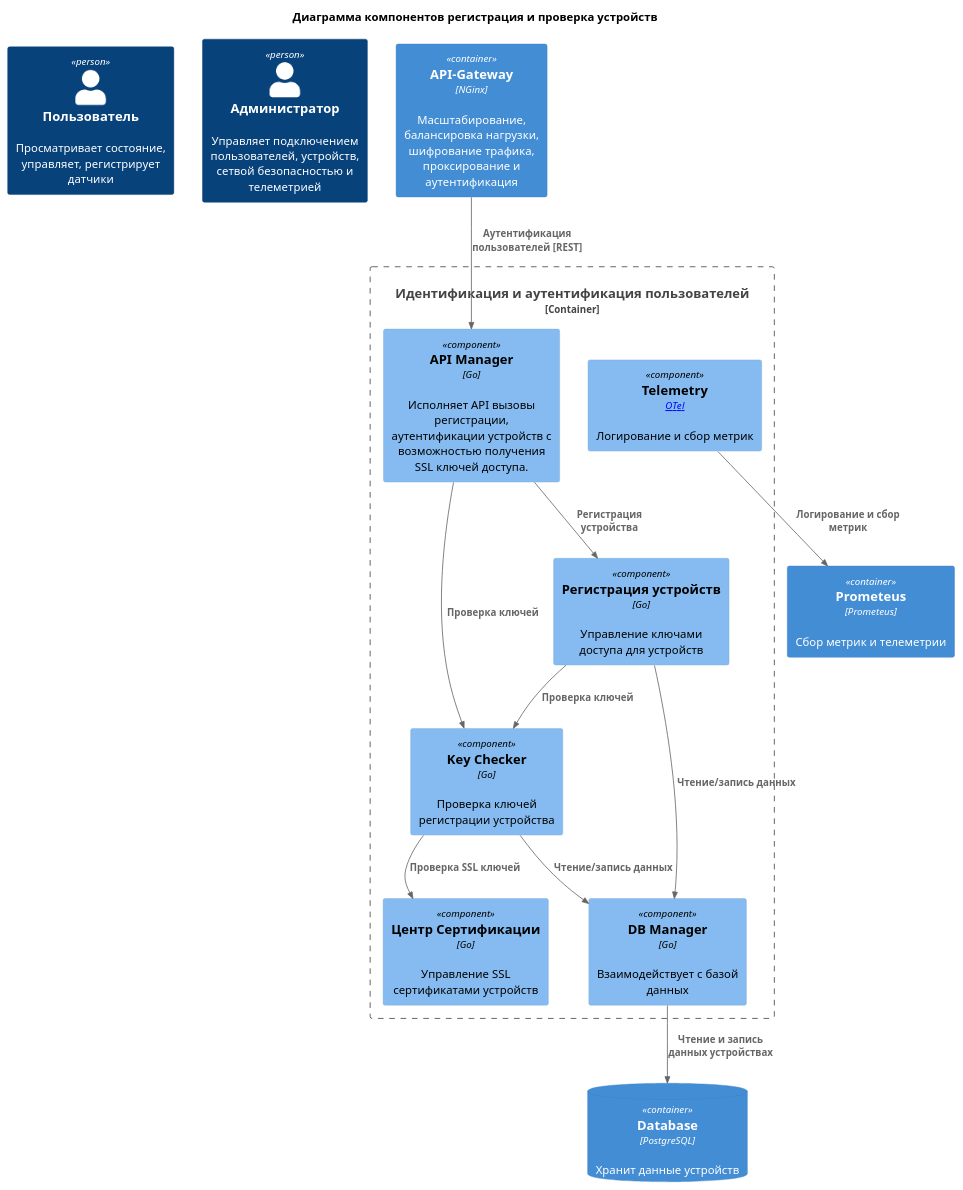
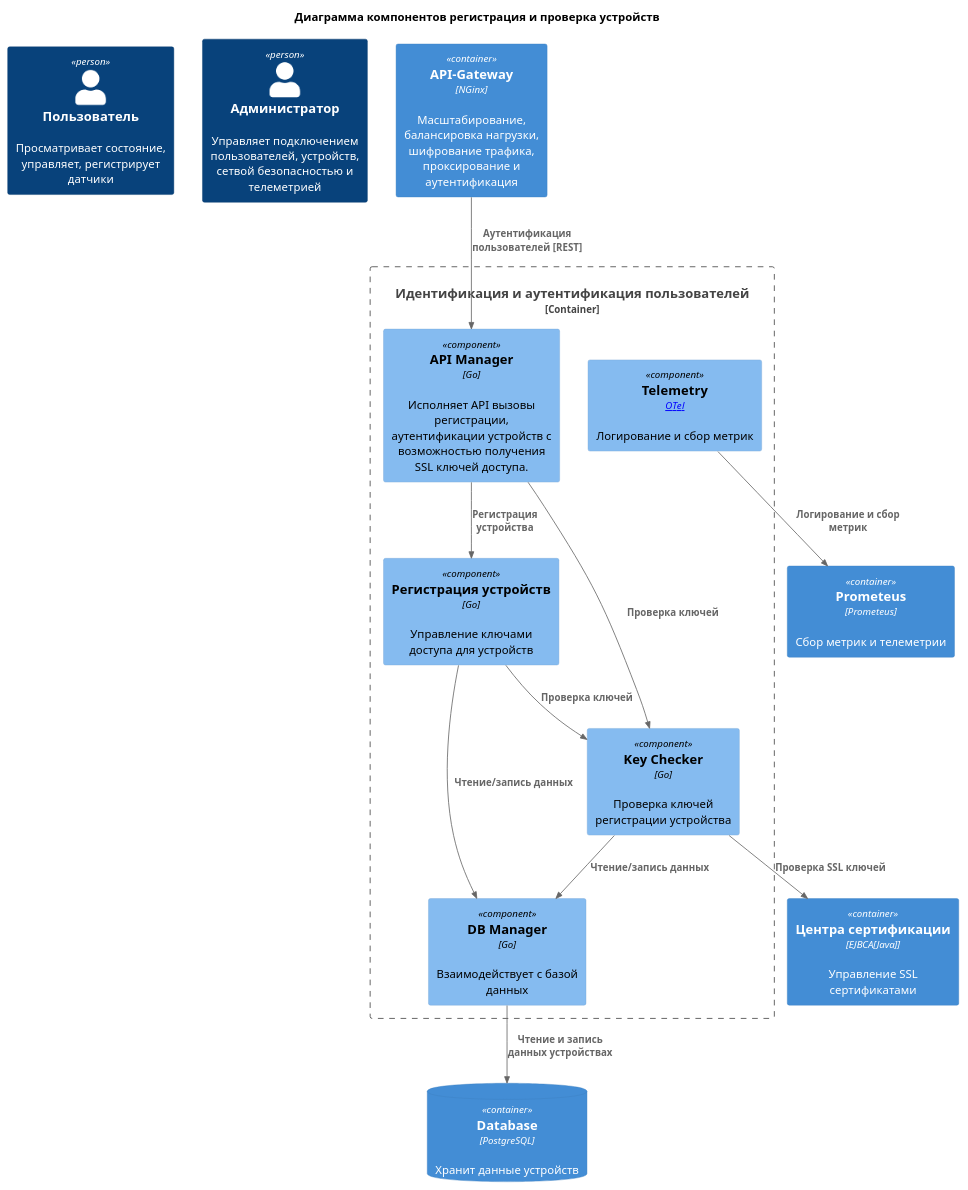
One commit to ZergZet/YP-sprint1 changed the diagram in diagrams/to-be/components/to-be_c4_component_device_auth.puml. Above: the diagram before and after it, drawn with PlantUML.

Commit message:
Add CA contaner

```diff
--- a/diagrams/to-be/components/to-be_c4_component_device_auth.puml
+++ b/diagrams/to-be/components/to-be_c4_component_device_auth.puml
@@ -1,40 +1,42 @@
 @startuml
 title Диаграмма компонентов регистрация и проверка устройств
 
 top to bottom direction
 
 !includeurl https://raw.githubusercontent.com/RicardoNiepel/C4-PlantUML/master/C4_Component.puml
 !includeurl https://raw.githubusercontent.com/RicardoNiepel/C4-PlantUML/master/C4_Container.puml
 
 Person(user, "Пользователь", "Просматривает состояние, управляет, регистрирует датчики")
 Person(administrator, "Администратор", "Управляет подключением пользователей, устройств, сетвой безопасностью и телеметрией")
 Container(APIGW, "API-Gateway", "NGinx", "Масштабирование, балансировка нагрузки, шифрование трафика, проксирование и аутентификация")
  
 Container_Boundary(UserAuth, "Идентификация и аутентификация пользователей") {
     
     Component(APIManager, "API Manager", "Go", "Исполняет API вызовы регистрации, аутентификации устройств с возможностью получения SSL ключей доступа.")
     Component(DBManager, "DB Manager", "Go", "Взаимодействует с базой данных")
     Component(KeyChecker, "Key Checker", "Go", "Проверка ключей регистрации устройства")
-    Component(CertificationAuthority, "Центр Сертификации", "Go", "Управление SSL сертификатами устройств")
     Component(DeviceRegister, "Регистрация устройств", "Go", "Управление ключами доступа для устройств")
     
   
     Rel(APIGW, APIManager,"Аутентификация пользователей [REST]")
     Rel(APIManager, DeviceRegister,"Регистрация устройства")
     Rel(APIManager, KeyChecker,"Проверка ключей")
 
     Rel( DeviceRegister, KeyChecker ,"Проверка ключей")
     Rel( KeyChecker, DBManager, "Чтение/запись данных")
-    Rel( KeyChecker, CertificationAuthority, "Проверка SSL ключей")
     Rel( DeviceRegister, DBManager, "Чтение/запись данных")
 
     Component(Telemetry, "Telemetry", "[OTel]", "Логирование и сбор метрик")
 }
+
+Container(CertificateAuthority, "Центра сертификации", "EJBCA[Java]", "Управление SSL сертификатами")
+Rel( KeyChecker, CertificateAuthority, "Проверка SSL ключей")
+  
 
 ContainerDb(UserAuthDB, "Database", "PostgreSQL", "Хранит данные устройств")
 Rel(DBManager, UserAuthDB,"Чтение и запись данных устройствах")
 
 Container(Prometeus, "Prometeus", "Prometeus", "Сбор метрик и телеметрии")
 Rel(Telemetry, Prometeus,"Логирование и сбор метрик")
    
 @enduml
```
